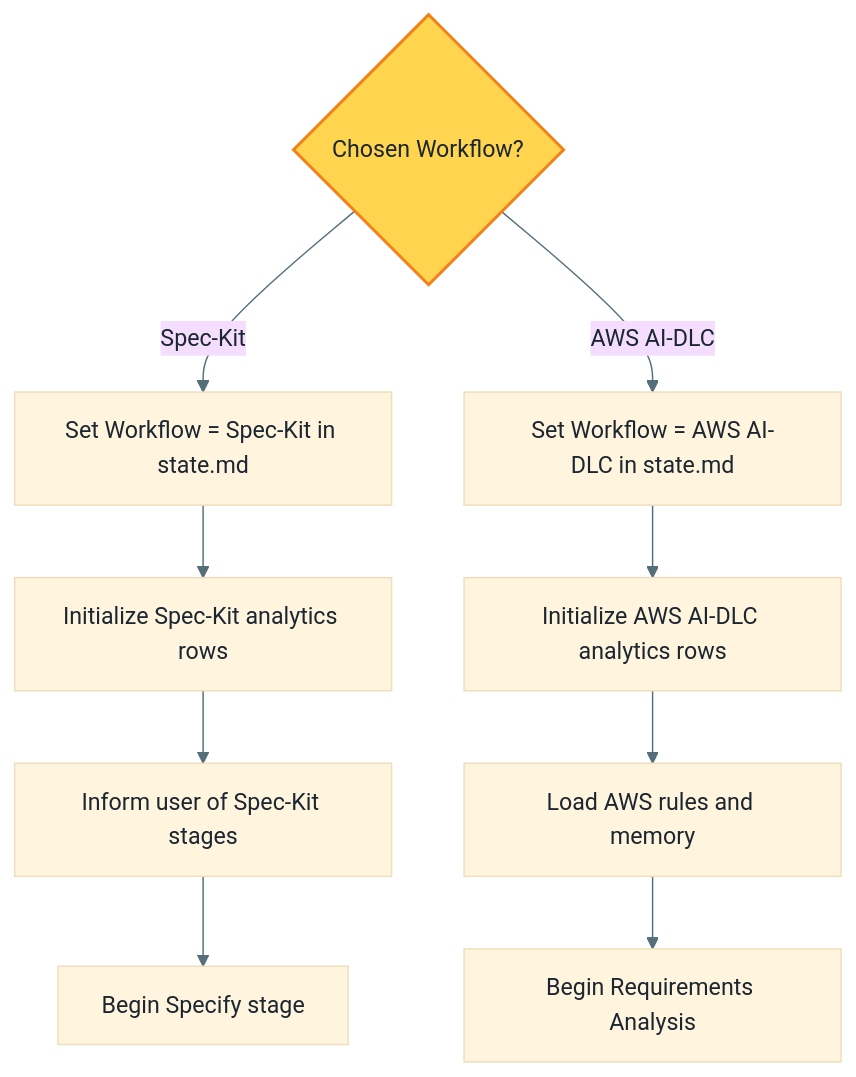
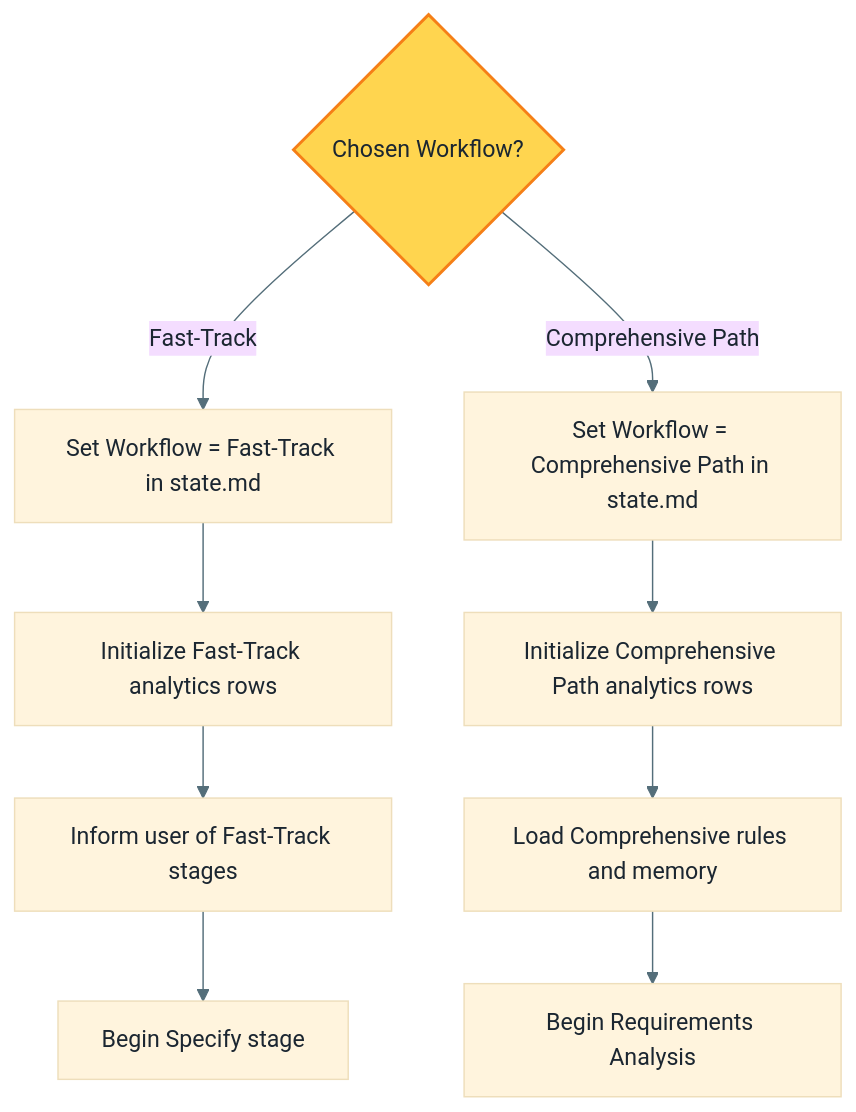
One commit to premkumarjanagarajan/fluid-flow-ai changed the ninth of 26 diagrams in docs/WORKFLOW-FULL-DETAILED.md. Above: the diagram before and after it, drawn with Mermaid. The commit also changed other lines of this file and 105 other files, not shown here.

````diff
--- a/docs/WORKFLOW-FULL-DETAILED.md
+++ b/docs/WORKFLOW-FULL-DETAILED.md
@@ -421,14 +421,14 @@
 ```mermaid
 %%{init: {'theme': 'base', 'themeVariables': {'primaryTextColor': '#1B2631', 'lineColor': '#546E7A', 'textColor': '#1B2631'}}}%%
 flowchart TD
-    A{"Chosen Workflow?"} -->|Spec-Kit| B["Set Workflow = Spec-Kit in state.md"]
-    A -->|AWS AI-DLC| C["Set Workflow = AWS AI-DLC in state.md"]
-    B --> D["Initialize Spec-Kit analytics rows"]
-    C --> E["Initialize AWS AI-DLC analytics rows"]
-    D --> F["Inform user of Spec-Kit stages"]
-    E --> G["Load AWS rules and memory"]
+    A{"Chosen Workflow?"} -->|Fast-Track| B["Set Workflow = Fast-Track in state.md"]
+    A -->|Comprehensive Path| C["Set Workflow = Comprehensive Path in state.md"]
+    B --> D["Initialize Fast-Track analytics rows"]
+    C --> E["Initialize Comprehensive Path analytics rows"]
+    D --> F["Inform user of Fast-Track stages"]
+    E --> G["Load Comprehensive rules and memory"]
     F --> H["Begin Specify stage"]
     G --> I["Begin Requirements Analysis"]
 
     style A fill:#FFD54F,stroke:#F57F17,stroke-width:2px
 ```
````
